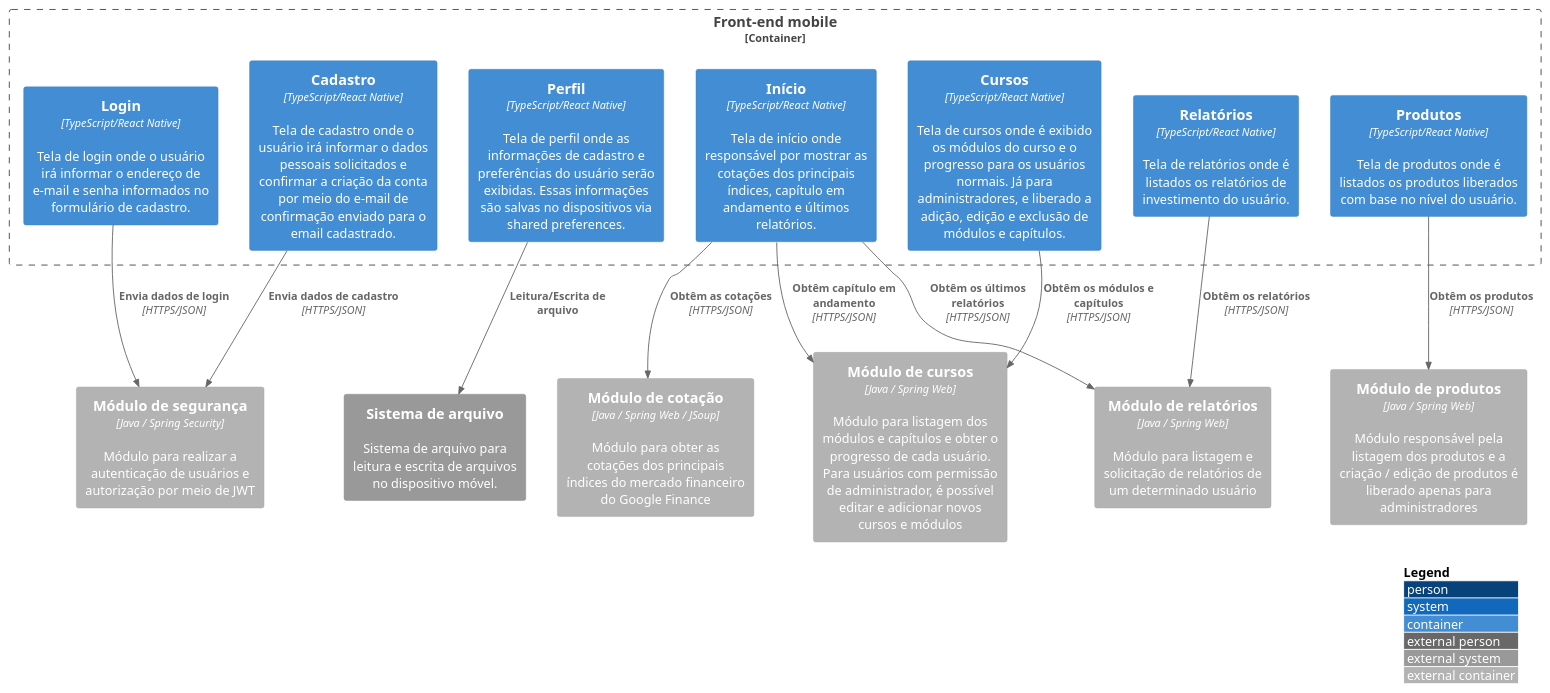
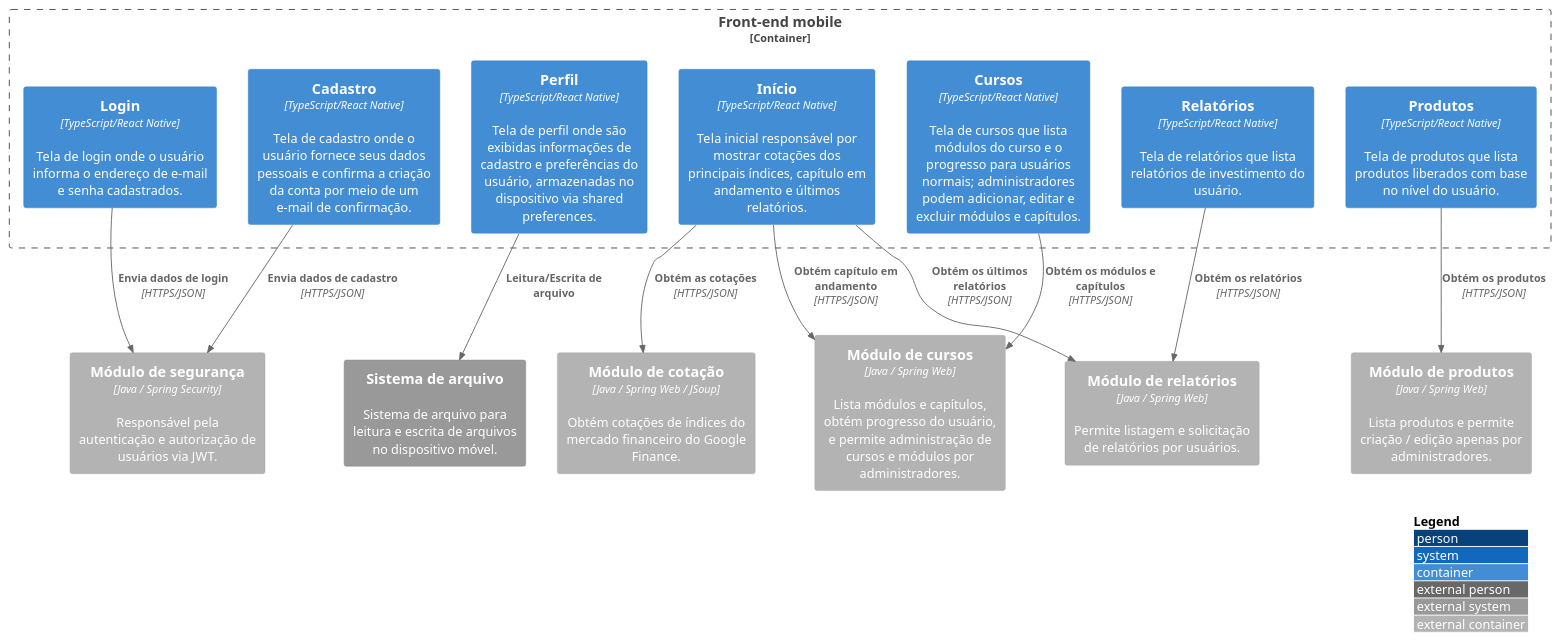
Before and after one commit to Open-3A/3A-c4-model: the diagram in c2-containers/front-end-mobile/front_end_mobile.puml, drawn with PlantUML.

Commit message:
refactor(c2): clarify diagram of mobile

```diff
--- a/c2-containers/front-end-mobile/front_end_mobile.puml
+++ b/c2-containers/front-end-mobile/front_end_mobile.puml
@@ -1,34 +1,34 @@
 @startuml Front-end Mobile
 
 !include https://raw.githubusercontent.com/adrianvlupu/C4-PlantUML/latest/C4_Container.puml
 
 LAYOUT_WITH_LEGEND()
 
 System_Ext(filesystem, "Sistema de arquivo", "Sistema de arquivo para leitura e escrita de arquivos no dispositivo móvel.")
-Container_Ext(security_module, "Módulo de segurança", "Java / Spring Security", "Módulo para realizar a autenticação de usuários e autorização por meio de JWT")
-Container_Ext(products_module, "Módulo de produtos", "Java / Spring Web", "Módulo responsável pela listagem dos produtos e a criação / edição de produtos é liberado apenas para administradores")
-Container_Ext(courses_module, "Módulo de cursos", "Java / Spring Web", "Módulo para listagem dos módulos e capítulos e obter o progresso de cada usuário. Para usuários com permissão de administrador, é possível editar e adicionar novos cursos e módulos")
-Container_Ext(reports_module, "Módulo de relatórios", "Java / Spring Web", "Módulo para listagem e solicitação de relatórios de um determinado usuário")
-Container_Ext(quotation_module, "Módulo de cotação", "Java / Spring Web / JSoup", "Módulo para obter as cotações dos principais índices do mercado financeiro do Google Finance")
+Container_Ext(security_module, "Módulo de segurança", "Java / Spring Security", "Responsável pela autenticação e autorização de usuários via JWT.")
+Container_Ext(products_module, "Módulo de produtos", "Java / Spring Web", "Lista produtos e permite criação / edição apenas por administradores.")
+Container_Ext(courses_module, "Módulo de cursos", "Java / Spring Web", "Lista módulos e capítulos, obtém progresso do usuário, e permite administração de cursos e módulos por administradores.")
+Container_Ext(reports_module, "Módulo de relatórios", "Java / Spring Web", "Permite listagem e solicitação de relatórios por usuários.")
+Container_Ext(quotation_module, "Módulo de cotação", "Java / Spring Web / JSoup", "Obtém cotações de índices do mercado financeiro do Google Finance.")
 
 Container_Boundary(mobile, "Front-end mobile"){
-  Container(login, "Login", "TypeScript/React Native", "Tela de login onde o usuário irá informar o endereço de e-mail e senha informados no formulário de cadastro.")
-  Container(sigup, "Cadastro", "TypeScript/React Native", "Tela de cadastro onde o usuário irá informar o dados pessoais solicitados e confirmar a criação da conta por meio do e-mail de confirmação enviado para o email cadastrado.")
-  Container(profile, "Perfil", "TypeScript/React Native", "Tela de perfil onde as informações de cadastro e preferências do usuário serão exibidas. Essas informações são salvas no dispositivos via shared preferences.")
-  Container(home, "Início", "TypeScript/React Native", "Tela de início onde responsável por mostrar as cotações dos principais índices, capítulo em andamento e últimos relatórios.")
-  Container(course, "Cursos", "TypeScript/React Native", "Tela de cursos onde é exibido os módulos do curso e o progresso para os usuários normais. Já para administradores, e liberado a adição, edição e exclusão de módulos e capítulos.")
-  Container(report, "Relatórios", "TypeScript/React Native", "Tela de relatórios onde é listados os relatórios de investimento do usuário.")
-  Container(product, "Produtos", "TypeScript/React Native", "Tela de produtos onde é listados os produtos liberados com base no nível do usuário.")
+  Container(login, "Login", "TypeScript/React Native", "Tela de login onde o usuário informa o endereço de e-mail e senha cadastrados.")
+  Container(sigup, "Cadastro", "TypeScript/React Native", "Tela de cadastro onde o usuário fornece seus dados pessoais e confirma a criação da conta por meio de um e-mail de confirmação.")
+  Container(profile, "Perfil", "TypeScript/React Native", "Tela de perfil onde são exibidas informações de cadastro e preferências do usuário, armazenadas no dispositivo via shared preferences.")
+  Container(home, "Início", "TypeScript/React Native", "Tela inicial responsável por mostrar cotações dos principais índices, capítulo em andamento e últimos relatórios.")
+  Container(course, "Cursos", "TypeScript/React Native", "Tela de cursos que lista módulos do curso e o progresso para usuários normais; administradores podem adicionar, editar e excluir módulos e capítulos.")
+  Container(report, "Relatórios", "TypeScript/React Native", "Tela de relatórios que lista relatórios de investimento do usuário.")
+  Container(product, "Produtos", "TypeScript/React Native", "Tela de produtos que lista produtos liberados com base no nível do usuário.")
 }
 
 Rel(login, security_module, "Envia dados de login", "HTTPS/JSON")
 Rel(sigup, security_module, "Envia dados de cadastro", "HTTPS/JSON")
 Rel(profile, filesystem, "Leitura/Escrita de arquivo")
-Rel(home, quotation_module, "Obtêm as cotações", "HTTPS/JSON")
-Rel(home, courses_module, "Obtêm capítulo em andamento", "HTTPS/JSON")
-Rel(home, reports_module, "Obtêm os últimos relatórios", "HTTPS/JSON")
-Rel(course, courses_module, "Obtêm os módulos e capítulos", "HTTPS/JSON")
-Rel(report, reports_module, "Obtêm os relatórios", "HTTPS/JSON")
-Rel(product, products_module, "Obtêm os produtos", "HTTPS/JSON")
+Rel(home, quotation_module, "Obtém as cotações", "HTTPS/JSON")
+Rel(home, courses_module, "Obtém capítulo em andamento", "HTTPS/JSON")
+Rel(home, reports_module, "Obtém os últimos relatórios", "HTTPS/JSON")
+Rel(course, courses_module, "Obtém os módulos e capítulos", "HTTPS/JSON")
+Rel(report, reports_module, "Obtém os relatórios", "HTTPS/JSON")
+Rel(product, products_module, "Obtém os produtos", "HTTPS/JSON")
 
 @enduml
```
